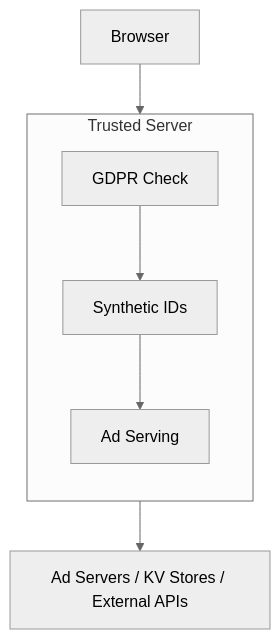
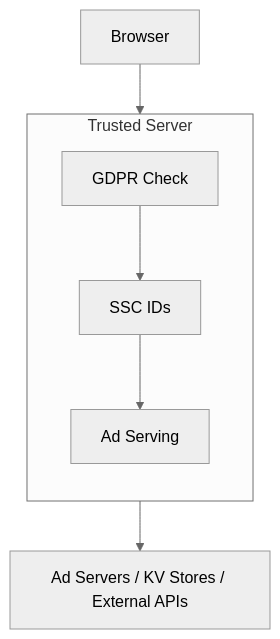
Before and after one commit to IABTechLab/trusted-server: the diagram in docs/guide/architecture.md, drawn with Mermaid (neutral theme). The commit also changed other lines of this file and 52 other files, not shown here.

First line of the commit message:
Rename Synthetic ID to Server Side Cookie (SSC) and simplify generation

````diff
--- a/docs/guide/architecture.md
+++ b/docs/guide/architecture.md
@@ -9,16 +9,16 @@
 ```mermaid
 flowchart TD
   browser["Browser"]
   backends["Ad Servers / KV Stores / External APIs"]
 
   subgraph edge["Trusted Server"]
     direction TB
     gdpr["GDPR Check"]
-    ids["Synthetic IDs"]
+    ids["SSC IDs"]
     ads["Ad Serving"]
     gdpr --> ids --> ads
   end
 
   browser --> edge
   edge --> backends
 ```
````
